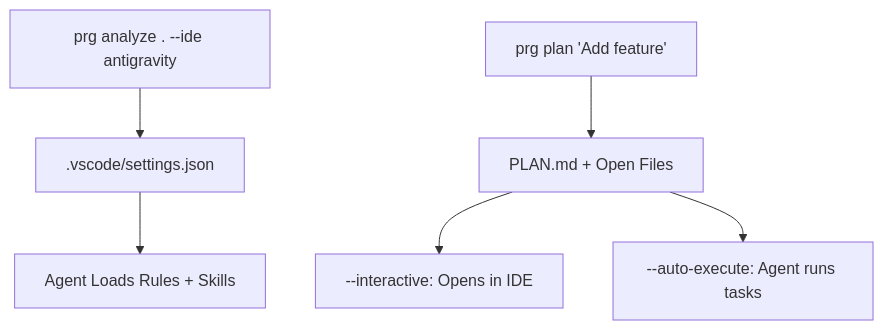
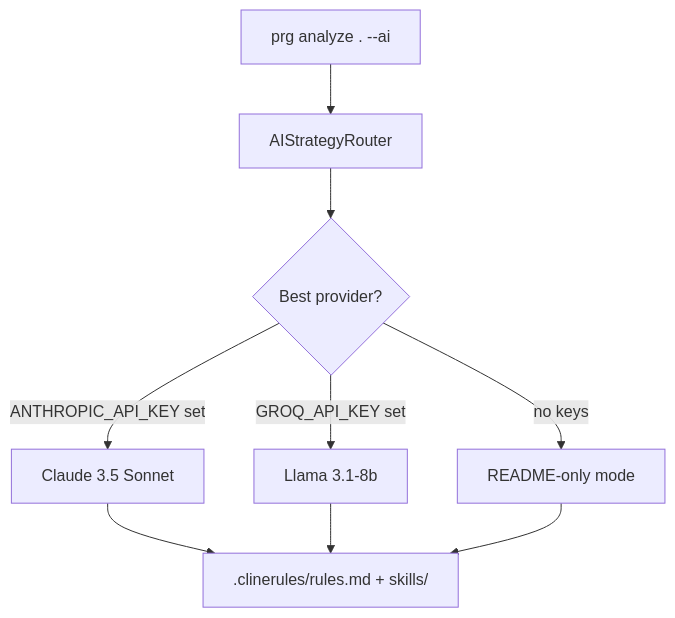
One commit to Amitro123/project-rules-generator changed the diagram in README.md. Above: the diagram before and after it, drawn with Mermaid. The commit also changed other lines of this file and 2 other files, not shown here.

First line of the commit message:
docs: update README and docs for Dynamic AI Router v1.4.1

````diff
--- a/README.md
+++ b/README.md
@@ -113,8 +170,11 @@
 ```mermaid
 graph TB
-    A[prg analyze . --ide antigravity] --> B[.vscode/settings.json]
-    B --> C[Agent Loads Rules + Skills]
-    D[prg plan 'Add feature'] --> E[PLAN.md + Open Files]
-    E --> F[--interactive: Opens in IDE]
-    E --> G[--auto-execute: Agent runs tasks]
+    A[prg analyze . --ai] --> B[AIStrategyRouter]
+    B --> C{Best provider?}
+    C -->|ANTHROPIC_API_KEY set| D[Claude 3.5 Sonnet]
+    C -->|GROQ_API_KEY set| E[Llama 3.1-8b]
+    C -->|no keys| F[README-only mode]
+    D --> G[.clinerules/rules.md + skills/]
+    E --> G
+    F --> G
 ```
````
